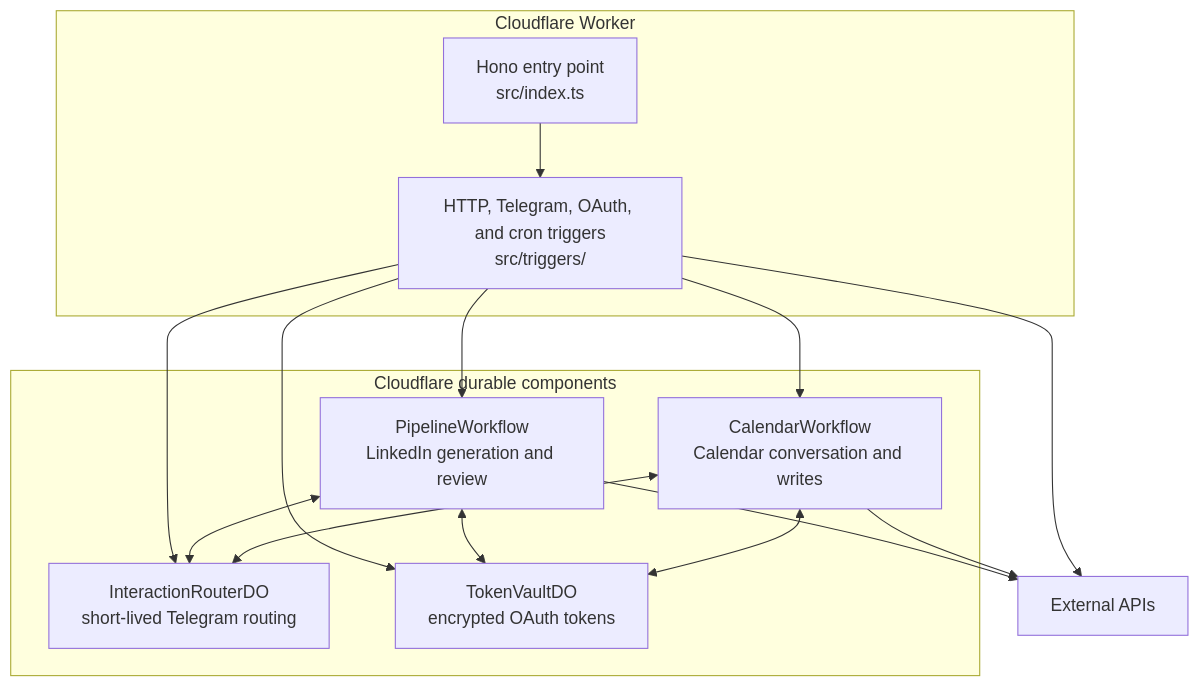
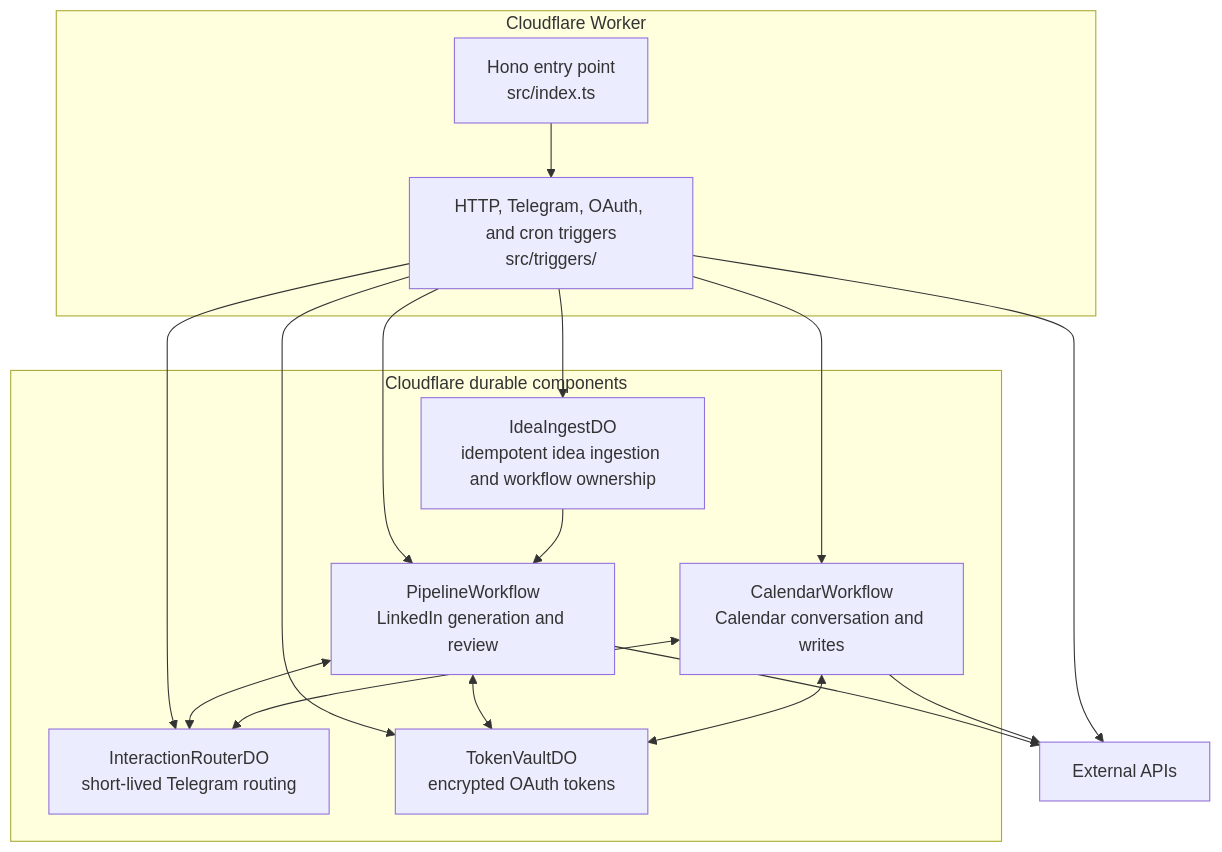
Before and after one commit to satwikhebbar/kipp: the second of 2 diagrams in docs/architecture/system.md, drawn with Mermaid. The commit also changed other lines of this file and 7 other files, not shown here.

Commit message:
docs: align architecture with Notion idea storage

````diff
--- a/docs/architecture/system.md
+++ b/docs/architecture/system.md
@@ -42,27 +44,30 @@
 ```mermaid
 flowchart TB
   subgraph edge["Cloudflare Worker"]
     entry["Hono entry point\nsrc/index.ts"]
     triggers["HTTP, Telegram, OAuth, and cron triggers\nsrc/triggers/"]
     entry --> triggers
   end
 
   subgraph durable["Cloudflare durable components"]
     linkedinFlow["PipelineWorkflow\nLinkedIn generation and review"]
     calendarFlow["CalendarWorkflow\nCalendar conversation and writes"]
     router["InteractionRouterDO\nshort-lived Telegram routing"]
     vault["TokenVaultDO\nencrypted OAuth tokens"]
+    ingest["IdeaIngestDO\nidempotent idea ingestion and workflow ownership"]
   end
 
   triggers --> linkedinFlow
   triggers --> calendarFlow
   triggers --> router
   triggers --> vault
+  triggers --> ingest
+  ingest --> linkedinFlow
   linkedinFlow <--> router
   calendarFlow <--> router
   linkedinFlow <--> vault
   calendarFlow <--> vault
   linkedinFlow --> external["External APIs"]
   calendarFlow --> external
   triggers --> external
 ```
````
